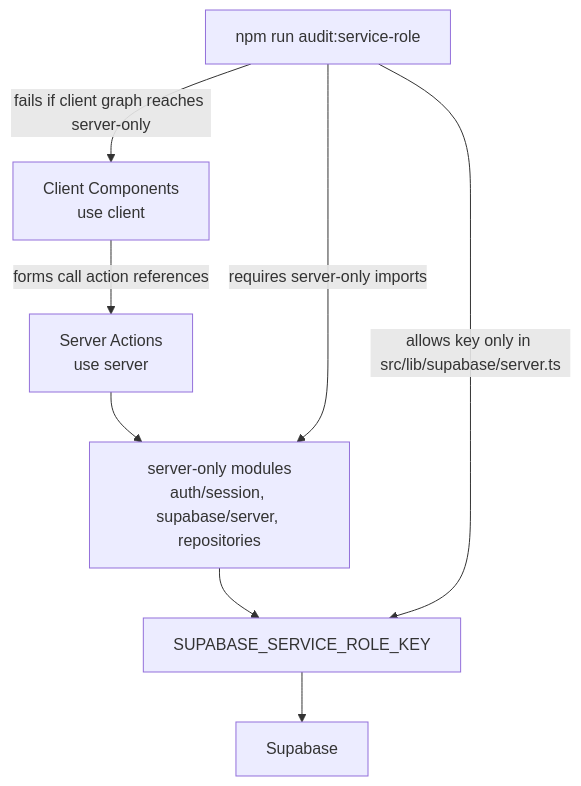
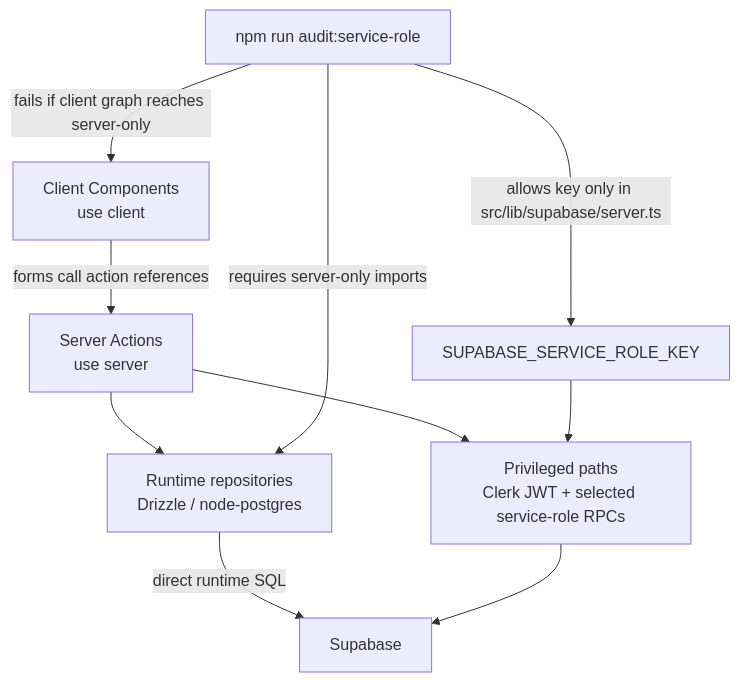
The fifth of 6 diagrams in docs/architecture.md (Mik1810/PaperDeck), drawn with Mermaid before and after one commit. The commit also changed other lines of this file and 11 other files, not shown here.

Commit message:
docs: reconcile current architecture for issue 226 (#240)

````diff
--- a/docs/architecture.md
+++ b/docs/architecture.md
@@ -189,17 +213,20 @@
 ```mermaid
 flowchart TB
   client["Client Components<br/>use client"]
   serverActions["Server Actions<br/>use server"]
-  serverOnly["server-only modules<br/>auth/session, supabase/server, repositories"]
+  repositories["Runtime repositories<br/>Drizzle / node-postgres"]
+  privileged["Privileged paths<br/>Clerk JWT + selected service-role RPCs"]
   serviceRole["SUPABASE_SERVICE_ROLE_KEY"]
   audit["npm run audit:service-role"]
   supabase["Supabase"]
 
   client -->|"forms call action references"| serverActions
-  serverActions --> serverOnly
-  serverOnly --> serviceRole
-  serviceRole --> supabase
+  serverActions --> repositories
+  repositories -->|"direct runtime SQL"| supabase
+  serverActions --> privileged
+  serviceRole --> privileged
+  privileged --> supabase
   audit -->|"fails if client graph reaches server-only"| client
-  audit -->|"requires server-only imports"| serverOnly
+  audit -->|"requires server-only imports"| repositories
   audit -->|"allows key only in src/lib/supabase/server.ts"| serviceRole
 ```
````
